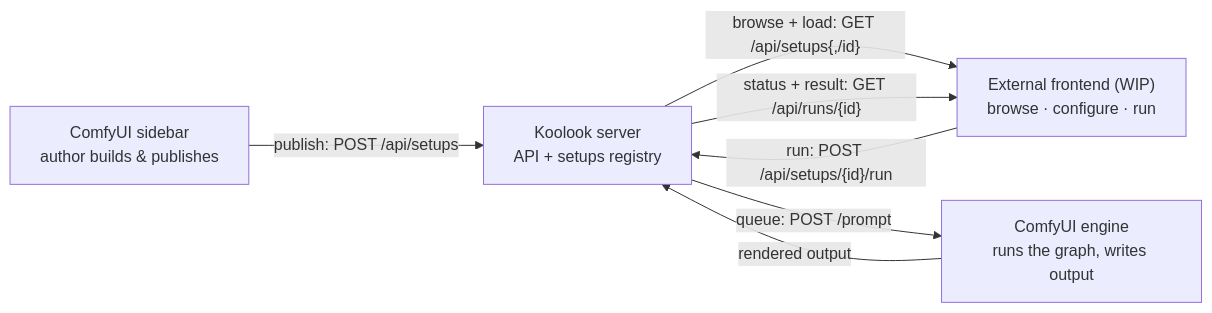
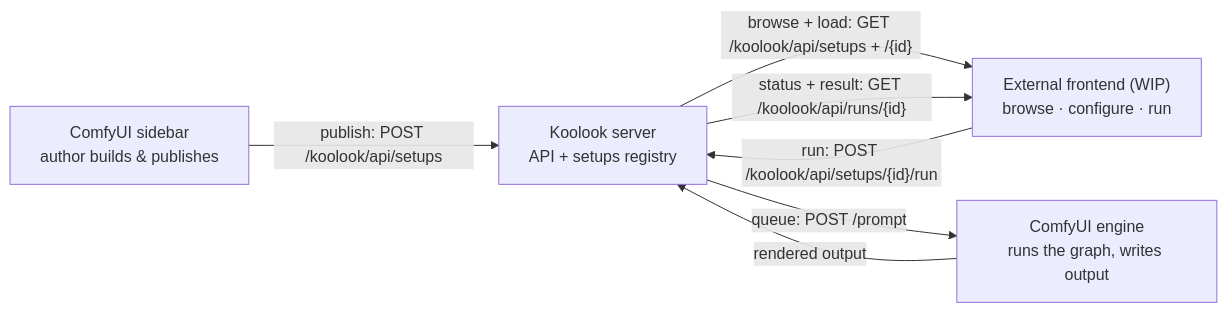
One commit to malkuthro/ComfyUI-Koolook changed the first of 2 diagrams in docs/maintainers/published-setup-loop.md. Above: the diagram before and after it, drawn with Mermaid. The commit also changed other lines of this file, not shown here.

Commit message:
docs(setups): fix publish-run loop references

````diff
--- a/docs/maintainers/published-setup-loop.md
+++ b/docs/maintainers/published-setup-loop.md
@@ -23,14 +23,14 @@
 ```mermaid
 flowchart LR
   A["ComfyUI sidebar<br/>author builds &amp; publishes"]
   S["Koolook server<br/>API + setups registry"]
   F["External frontend (WIP)<br/>browse · configure · run"]
   E["ComfyUI engine<br/>runs the graph, writes output"]
 
-  A -->|"publish: POST /api/setups"| S
-  S -->|"browse + load: GET /api/setups{,/id}"| F
-  F -->|"run: POST /api/setups/{id}/run"| S
+  A -->|"publish: POST /koolook/api/setups"| S
+  S -->|"browse + load: GET /koolook/api/setups + /{id}"| F
+  F -->|"run: POST /koolook/api/setups/{id}/run"| S
   S -->|"queue: POST /prompt"| E
   E -->|"rendered output"| S
-  S -->|"status + result: GET /api/runs/{id}"| F
+  S -->|"status + result: GET /koolook/api/runs/{id}"| F
 ```
````
